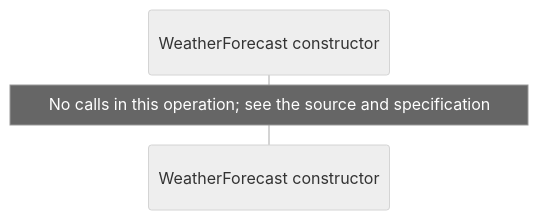
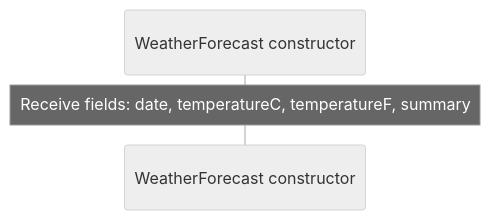
One commit to GreenPandaStudios/augscript changed the third of 4 diagrams in docs/examples/weather-api/forecasts-diagrams.md. Above: the diagram before and after it, drawn with Mermaid (neutral theme). The commit also changed other lines of this file and 289 other files, not shown here.

Commit message:
Correct diagram control flow and complete generated wiki navigation

````diff
--- a/docs/examples/weather-api/forecasts-diagrams.md
+++ b/docs/examples/weather-api/forecasts-diagrams.md
@@ -45,6 +45,6 @@
 ```mermaid
 sequenceDiagram
     participant p0 as WeatherForecast constructor
 
-    Note over p0: No calls in this operation#59; see the source and specification
+    Note over p0: Receive fields: date, temperatureC, temperatureF, summary
 ```
````
